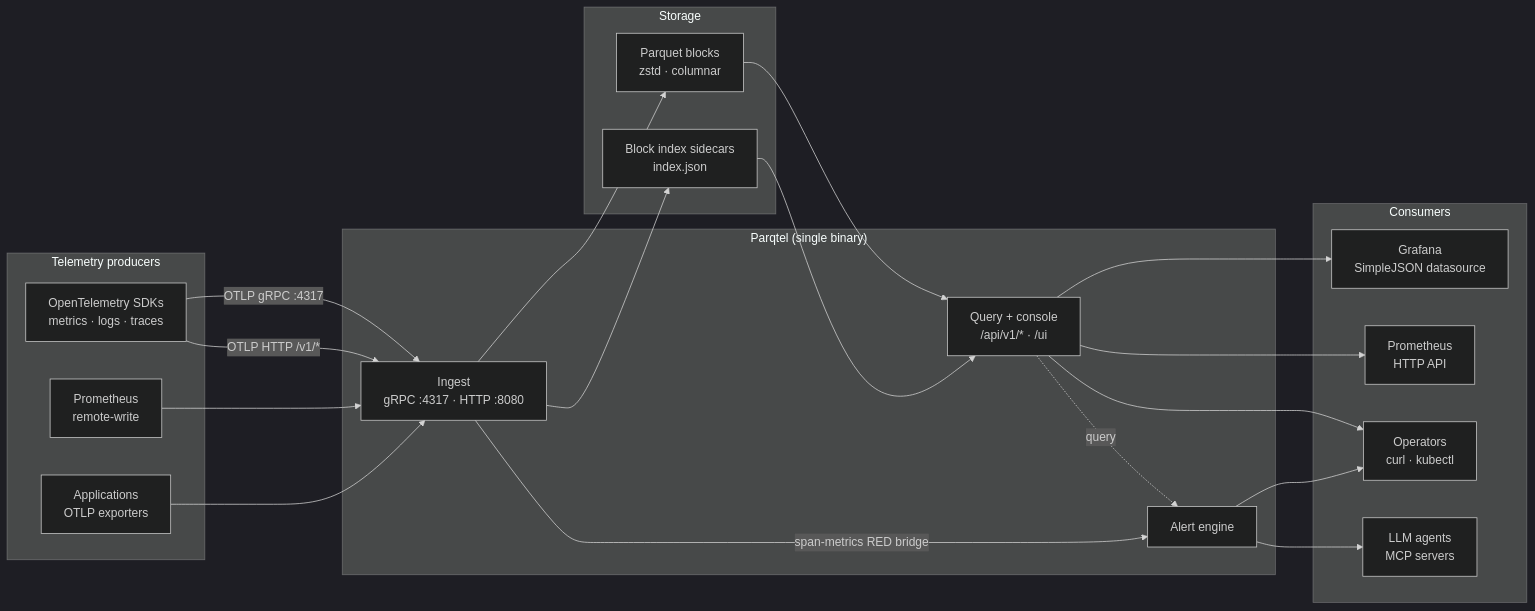
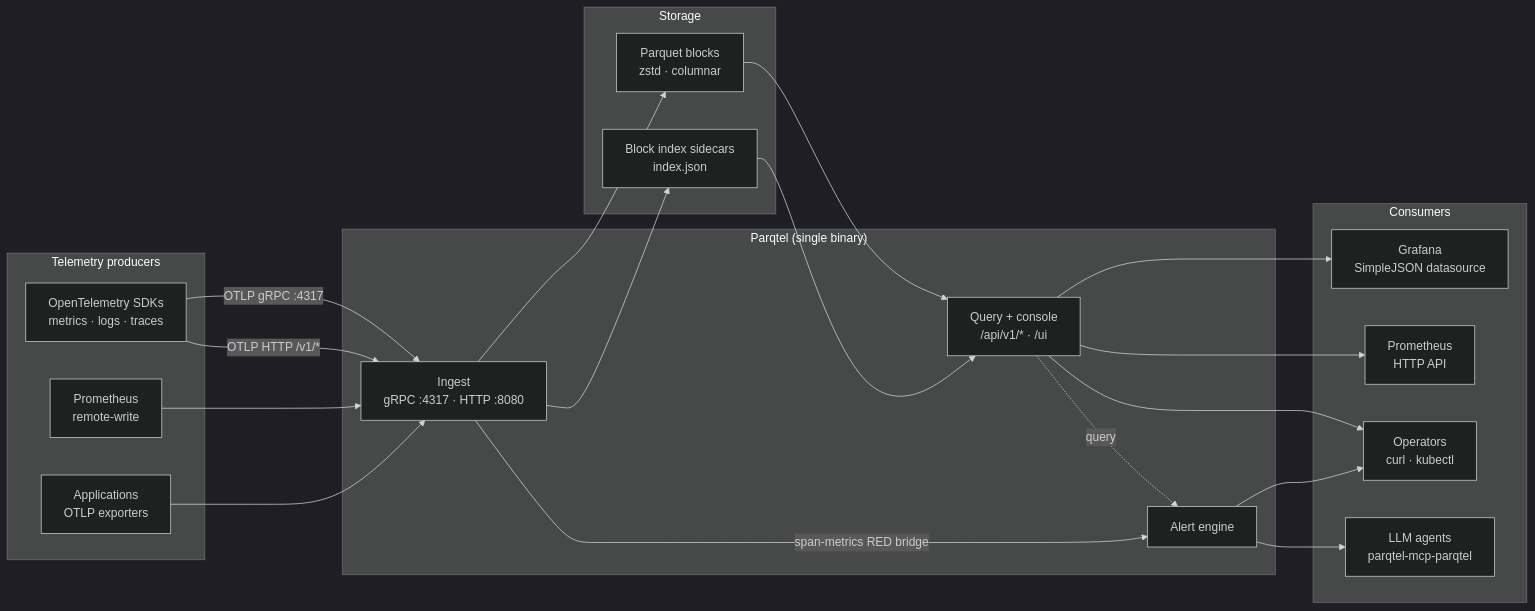
The diagram in docs/assets/diagrams/src/system-context.mmd (parqtel/parqtel-oss), drawn with Mermaid (dark theme) before and after one commit. The commit also changed 13 other files, not shown here.

First line of the commit message:
docs: update architecture, diagrams, and guides for parqtel-mcp-parqtel only

```diff
--- a/docs/assets/diagrams/src/system-context.mmd
+++ b/docs/assets/diagrams/src/system-context.mmd
@@ -1,42 +1,42 @@
 flowchart LR
     subgraph producers["Telemetry producers"]
         SDK["OpenTelemetry SDKs<br/>metrics · logs · traces"]
         PROM["Prometheus<br/>remote-write"]
         APP["Applications<br/>OTLP exporters"]
     end
 
     subgraph parqtel["Parqtel (single binary)"]
         ING["Ingest<br/>gRPC :4317 · HTTP :8080"]
         SRV["Query + console<br/>/api/v1/* · /ui"]
         ALERT["Alert engine"]
     end
 
     subgraph storage["Storage"]
         BLOCKS["Parquet blocks<br/>zstd · columnar"]
         IDX["Block index sidecars<br/>index.json"]
     end
 
     subgraph consumers["Consumers"]
         GRAF["Grafana<br/>SimpleJSON datasource"]
         PROMAPI["Prometheus<br/>HTTP API"]
         OPS["Operators<br/>curl · kubectl"]
-        LLM["LLM agents<br/>MCP servers"]
+        LLM["LLM agents<br/>parqtel-mcp-parqtel"]
     end
 
     SDK -->|"OTLP gRPC :4317"| ING
     SDK -->|"OTLP HTTP /v1/*"| ING
     APP --> ING
     PROM --> ING
 
     ING --> BLOCKS
     ING --> IDX
     IDX --> SRV
     BLOCKS --> SRV
 
     SRV --> GRAF
     SRV --> PROMAPI
     SRV --> OPS
     ALERT --> OPS
     ALERT --> LLM
     ING -->|"span-metrics RED bridge"| ALERT
     SRV -.->|"query"| ALERT
```
